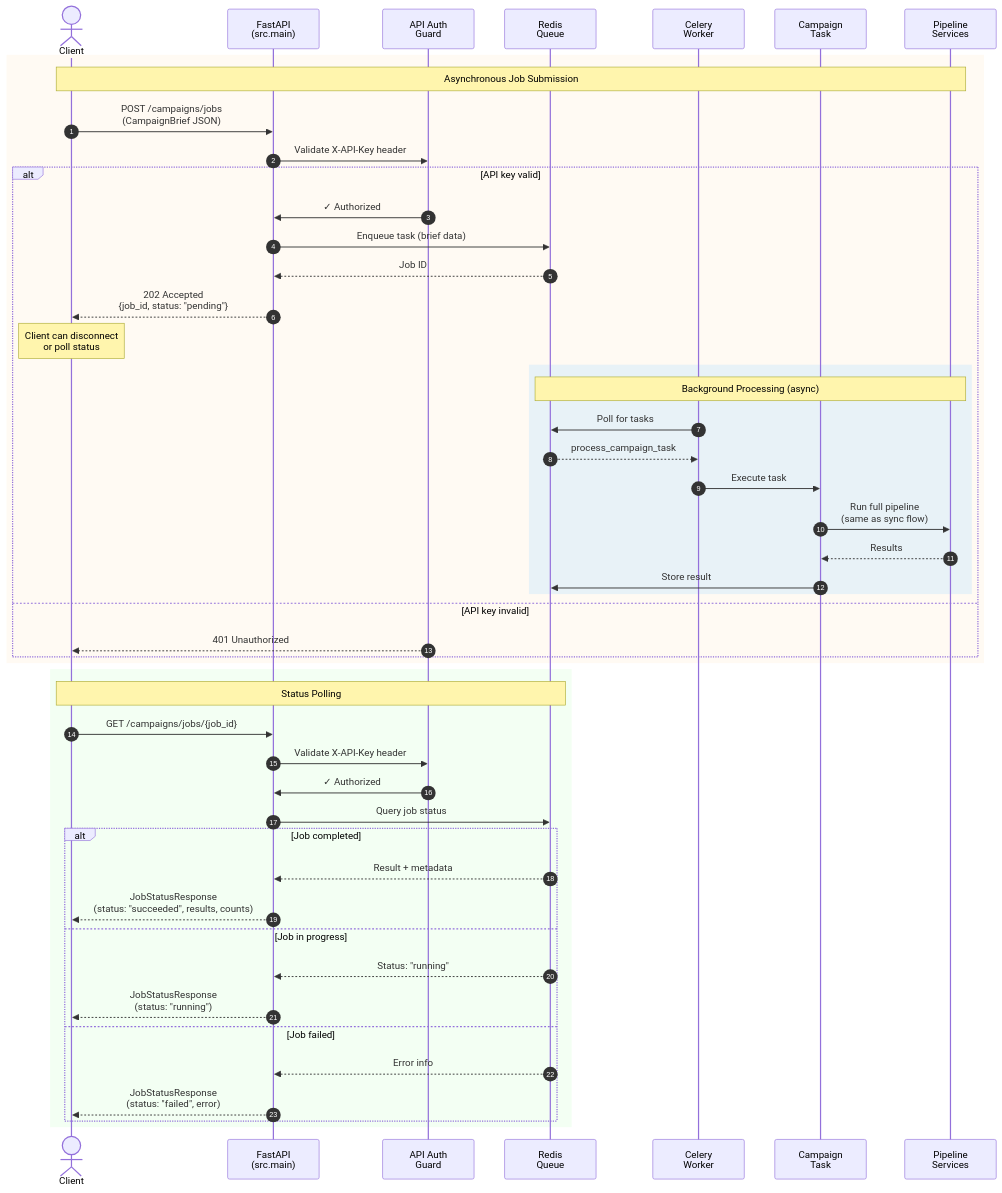
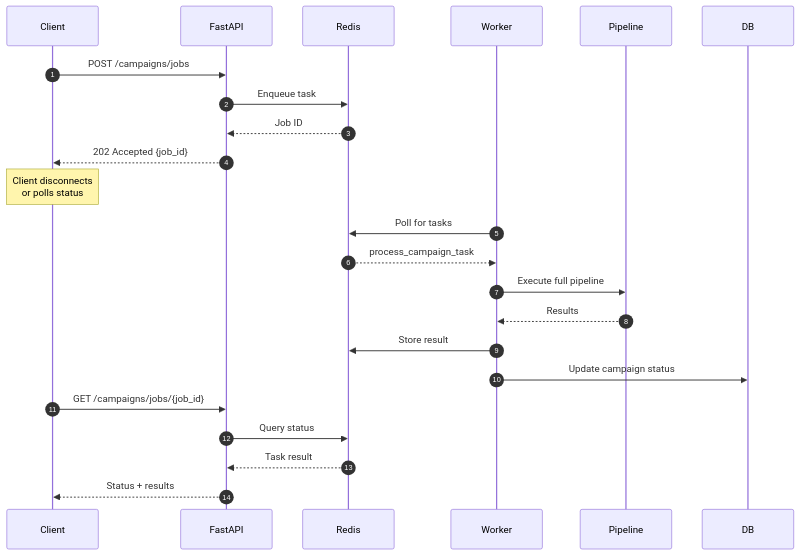
Before and after one commit to sharan1303/creative-ai: the third of 5 diagrams in README.md, drawn with Mermaid. The commit also changed other lines of this file and 7 other files, not shown here.

First line of the commit message:
chore(docs): Update README and add new documentation files for API reference and architecture

````diff
--- a/README.md
+++ b/README.md
@@ -268,60 +377,29 @@
 ```mermaid
 sequenceDiagram
     autonumber
-    actor Client
-    participant FastAPI as FastAPI<br/>(src.main)
-    participant Auth as API Auth<br/>Guard
-    participant Redis as Redis<br/>Queue
-    participant Celery as Celery<br/>Worker
-    participant Task as Campaign<br/>Task
-    participant Services as Pipeline<br/>Services
+    participant Client
+    participant FastAPI
+    participant Redis
+    participant Worker
+    participant Pipeline
+    participant DB
 
-    rect rgba(255,240,220,0.35)
-    Note over Client,Services: Asynchronous Job Submission
+    Client->>FastAPI: POST /campaigns/jobs
+    FastAPI->>Redis: Enqueue task
+    Redis-->>FastAPI: Job ID
+    FastAPI-->>Client: 202 Accepted {job_id}
     
-    Client->>FastAPI: POST /campaigns/jobs<br/>(CampaignBrief JSON)
-    FastAPI->>Auth: Validate X-API-Key header
+    Note over Client: Client disconnects<br/>or polls status
     
-    alt API key valid
-        Auth->>FastAPI: ✓ Authorized
-        FastAPI->>Redis: Enqueue task (brief data)
-        Redis-->>FastAPI: Job ID
-        FastAPI-->>Client: 202 Accepted<br/>{job_id, status: "pending"}
-        
-        Note over Client: Client can disconnect<br/>or poll status
-        
-        rect rgba(180,220,255,0.3)
-        Note over Redis,Services: Background Processing (async)
-        
-        Celery->>Redis: Poll for tasks
-        Redis-->>Celery: process_campaign_task
-        Celery->>Task: Execute task
-        Task->>Services: Run full pipeline<br/>(same as sync flow)
-        Services-->>Task: Results
-        Task->>Redis: Store result
-        end
-    else API key invalid
-        Auth-->>Client: 401 Unauthorized
-    end
-    end
-    
-    rect rgba(220,255,220,0.35)
-    Note over Client,Redis: Status Polling
+    Worker->>Redis: Poll for tasks
+    Redis-->>Worker: process_campaign_task
+    Worker->>Pipeline: Execute full pipeline
+    Pipeline-->>Worker: Results
+    Worker->>Redis: Store result
+    Worker->>DB: Update campaign status
     
     Client->>FastAPI: GET /campaigns/jobs/{job_id}
-    FastAPI->>Auth: Validate X-API-Key header
-    Auth->>FastAPI: ✓ Authorized
-    FastAPI->>Redis: Query job status
-    
-    alt Job completed
-        Redis-->>FastAPI: Result + metadata
-        FastAPI-->>Client: JobStatusResponse<br/>(status: "succeeded", results, counts)
-    else Job in progress
-        Redis-->>FastAPI: Status: "running"
-        FastAPI-->>Client: JobStatusResponse<br/>(status: "running")
-    else Job failed
-        Redis-->>FastAPI: Error info
-        FastAPI-->>Client: JobStatusResponse<br/>(status: "failed", error)
-    end
-    end
+    FastAPI->>Redis: Query status
+    Redis-->>FastAPI: Task result
+    FastAPI-->>Client: Status + results
 ```
````
